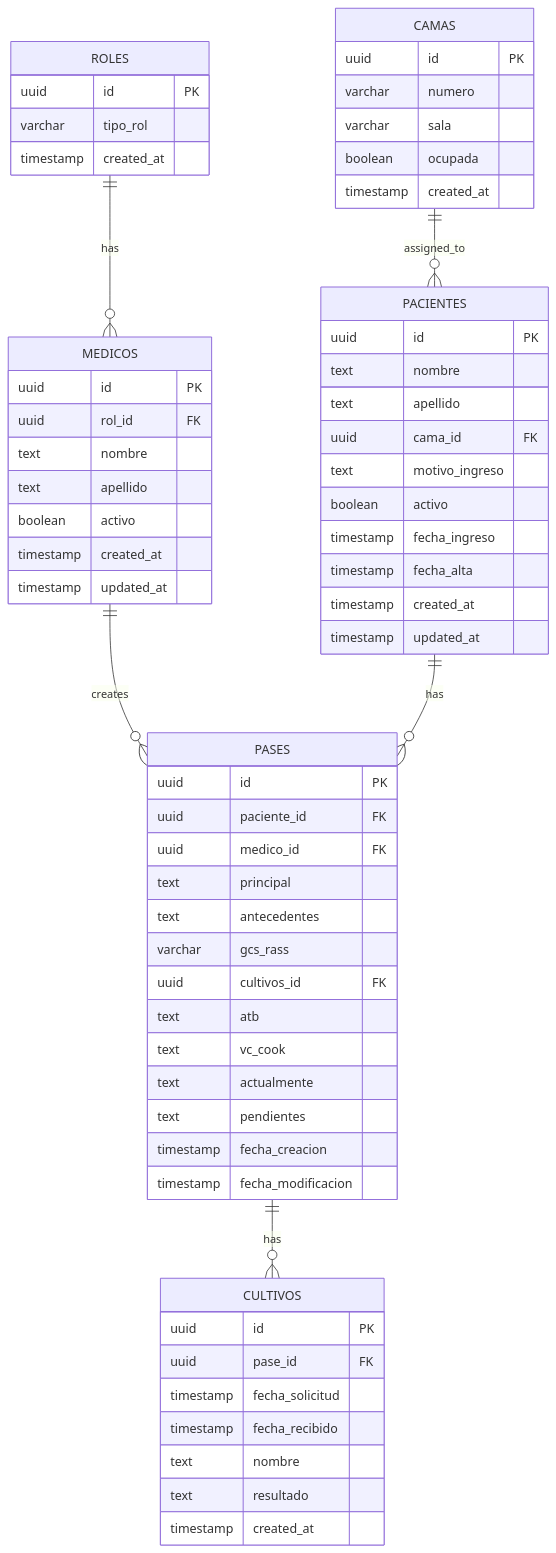
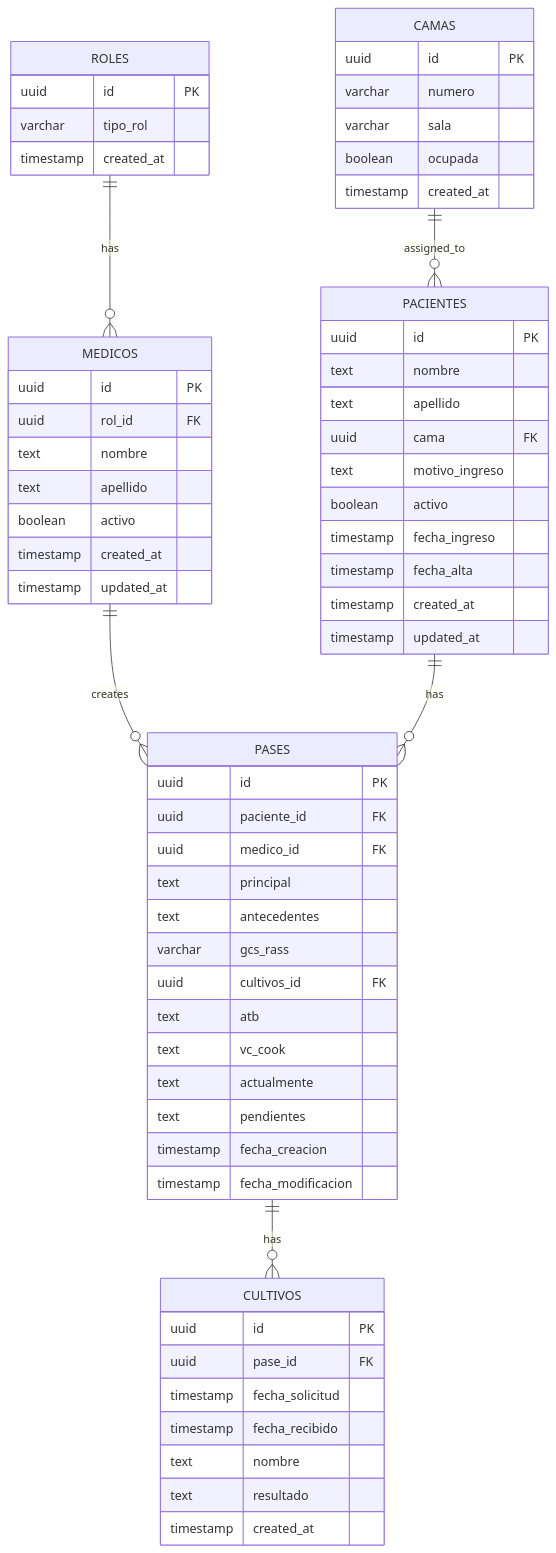
The diagram in database/er_diagram.md (goldmuros/pase-uti), drawn with Mermaid before and after one commit. The commit also changed 20 other files, not shown here.

````diff
--- a/database/er_diagram.md
+++ b/database/er_diagram.md
@@ -1,71 +1,71 @@
 ```mermaid
 erDiagram
     ROLES ||--o{ MEDICOS : "has"
     CAMAS ||--o{ PACIENTES : "assigned_to"
     MEDICOS ||--o{ PASES : "creates"
     PACIENTES ||--o{ PASES : "has"
     PASES ||--o{ CULTIVOS : "has"
 
     ROLES {
         uuid id PK
         varchar tipo_rol
         timestamp created_at
     }
 
     MEDICOS {
         uuid id PK
         uuid rol_id FK
         text nombre
         text apellido
         boolean activo
         timestamp created_at
         timestamp updated_at
     }
 
     CAMAS {
         uuid id PK
         varchar numero
         varchar sala
         boolean ocupada
         timestamp created_at
     }
 
     PACIENTES {
         uuid id PK
         text nombre
         text apellido
-        uuid cama_id FK
+        uuid cama FK
         text motivo_ingreso
         boolean activo
         timestamp fecha_ingreso
         timestamp fecha_alta
         timestamp created_at
         timestamp updated_at
     }
 
     PASES {
         uuid id PK
         uuid paciente_id FK
         uuid medico_id FK
         text principal
         text antecedentes
         varchar gcs_rass
         uuid cultivos_id FK
         text atb
         text vc_cook
         text actualmente
         text pendientes
         timestamp fecha_creacion
         timestamp fecha_modificacion
     }
 
     CULTIVOS {
         uuid id PK
         uuid pase_id FK
         timestamp fecha_solicitud
         timestamp fecha_recibido
         text nombre
         text resultado
         timestamp created_at
     }
 ```
````
